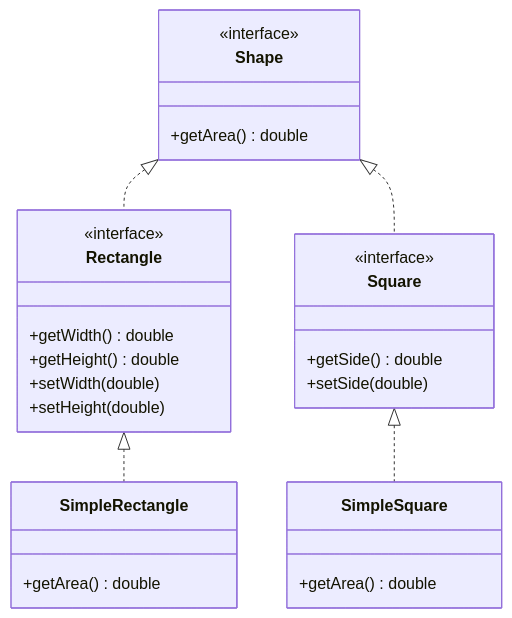
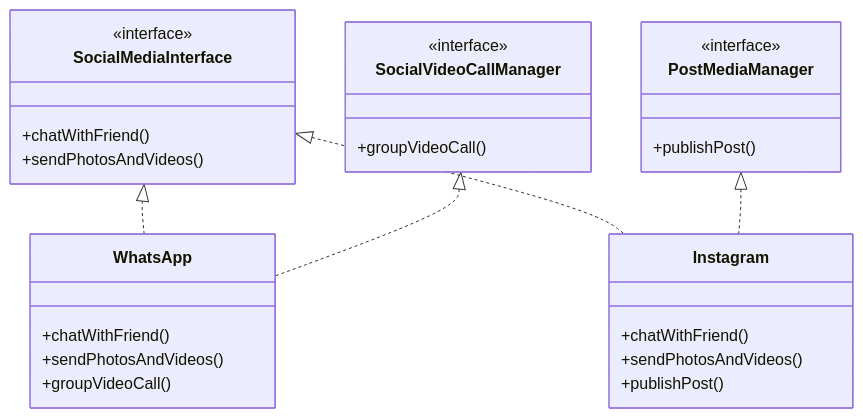
The third of 3 diagrams in SOLID_Study_Guide_SDE2.md (cipheraxat/java-concepts), drawn with Mermaid before and after one commit. The commit also changed other lines of this file, not shown here.

````diff
--- a/SOLID_Study_Guide_SDE2.md
+++ b/SOLID_Study_Guide_SDE2.md
@@ -408,29 +390,30 @@
 ```mermaid
 classDiagram
-    class Shape {
+    class SocialMediaInterface {
         <<interface>>
-        +getArea() double
+        +chatWithFriend()
+        +sendPhotosAndVideos()
     }
-    class Rectangle {
+    class PostMediaManager {
         <<interface>>
-        +getWidth() double
-        +getHeight() double
-        +setWidth(double)
-        +setHeight(double)
+        +publishPost()
     }
-    class Square {
+    class SocialVideoCallManager {
         <<interface>>
-        +getSide() double
-        +setSide(double)
+        +groupVideoCall()
     }
-    class SimpleRectangle {
-        +getArea() double
+    class WhatsApp {
+        +chatWithFriend()
+        +sendPhotosAndVideos()
+        +groupVideoCall()
     }
-    class SimpleSquare {
-        +getArea() double
+    class Instagram {
+        +chatWithFriend()
+        +sendPhotosAndVideos()
+        +publishPost()
     }
-    Shape <|.. Rectangle
-    Shape <|.. Square
-    Rectangle <|.. SimpleRectangle
-    Square <|.. SimpleSquare
+    SocialMediaInterface <|.. WhatsApp
+    SocialMediaInterface <|.. Instagram
+    PostMediaManager <|.. Instagram
+    SocialVideoCallManager <|.. WhatsApp
 ```
````
